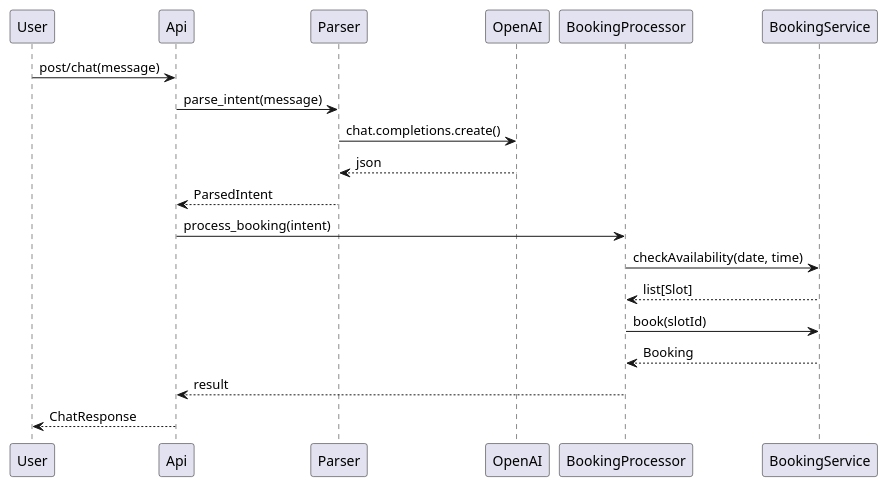
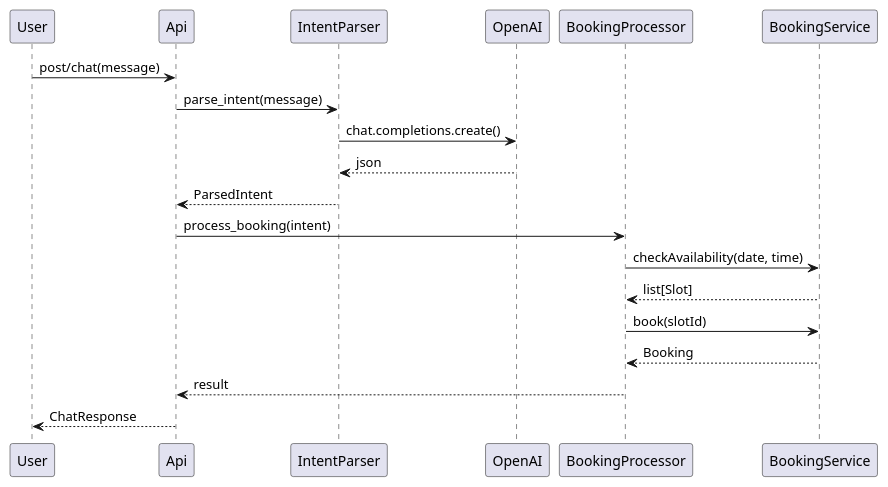
One commit to mossgreen/ai-orchestration-patterns changed the diagram in pattern-a-ai-as-service/sequence.puml. Above: the diagram before and after it, drawn with PlantUML. The commit also changed 4 other files, not shown here.

```diff
--- a/pattern-a-ai-as-service/sequence.puml
+++ b/pattern-a-ai-as-service/sequence.puml
@@ -1,16 +1,16 @@
 @startuml
 
 User -> Api: post/chat(message)
-    Api -> Parser: parse_intent(message)
-        Parser -> OpenAI: chat.completions.create()
-        Parser <-- OpenAI: json
-    Api <-- Parser: ParsedIntent
+    Api -> IntentParser: parse_intent(message)
+        IntentParser -> OpenAI: chat.completions.create()
+        IntentParser <-- OpenAI: json
+    Api <-- IntentParser: ParsedIntent
     Api -> BookingProcessor: process_booking(intent)
         BookingProcessor -> BookingService: checkAvailability(date, time)
         BookingProcessor <-- BookingService: list[Slot]
         BookingProcessor -> BookingService: book(slotId)
         BookingProcessor <-- BookingService: Booking
     Api <-- BookingProcessor: result
 User <-- Api: ChatResponse
 
 @enduml
```
